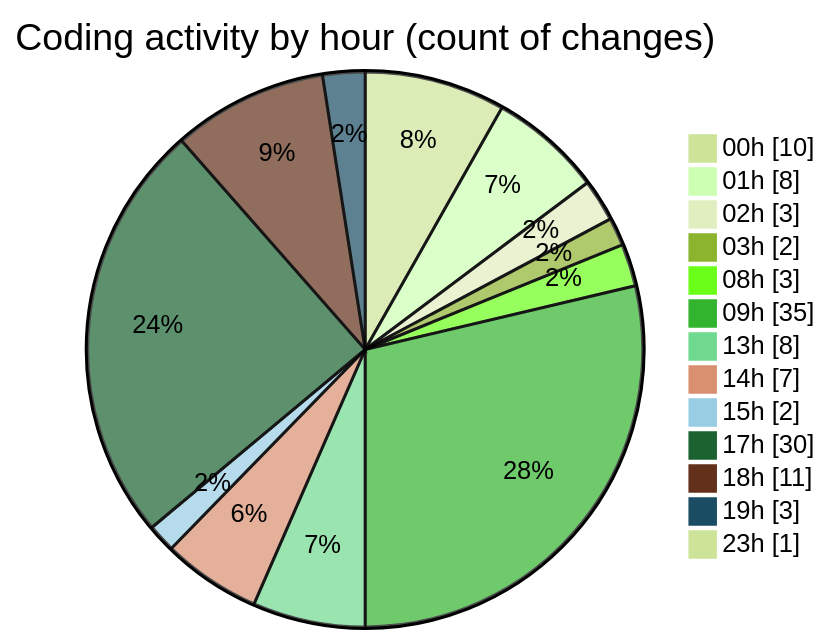
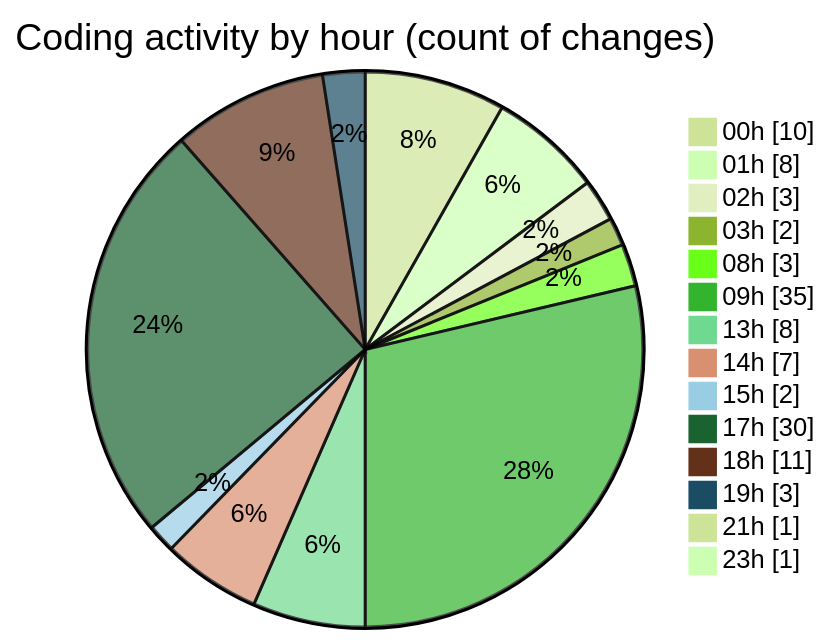
Before and after one commit to tmsrecording-cyber/code-tracking: the second of 2 diagrams in 2026-02-09/singularitybrainai/README.md, drawn with Mermaid (forest theme). The commit also changed other lines of this file and 1 other file, not shown here.

````diff
--- a/2026-02-09/singularitybrainai/README.md
+++ b/2026-02-09/singularitybrainai/README.md
@@ -44,17 +44,18 @@
 ```mermaid
 pie showData
 title Coding activity by hour (count of changes)
 "00h" : 10
 "01h" : 8
 "02h" : 3
 "03h" : 2
 "08h" : 3
 "09h" : 35
 "13h" : 8
 "14h" : 7
 "15h" : 2
 "17h" : 30
 "18h" : 11
 "19h" : 3
+"21h" : 1
 "23h" : 1
 ```
````
